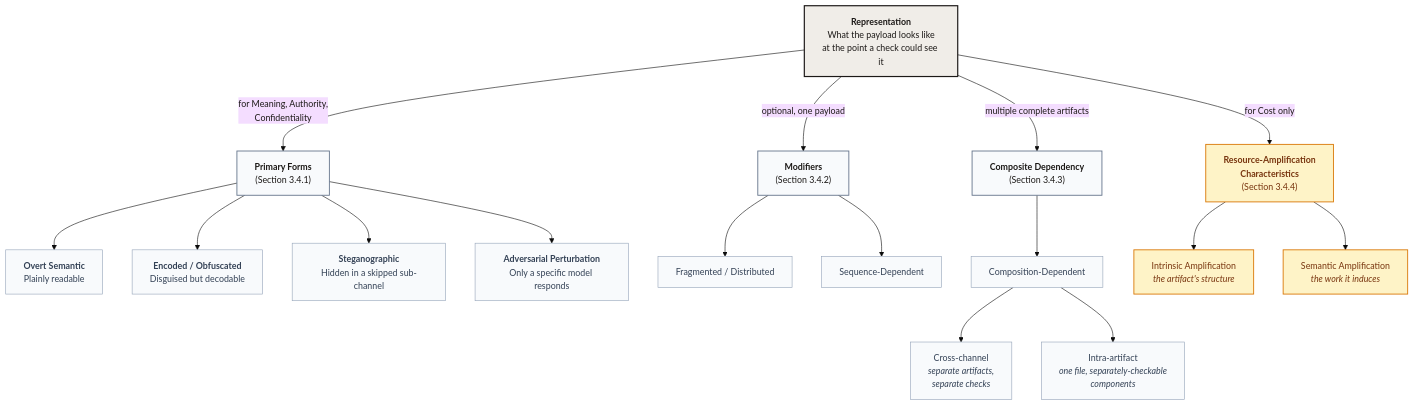
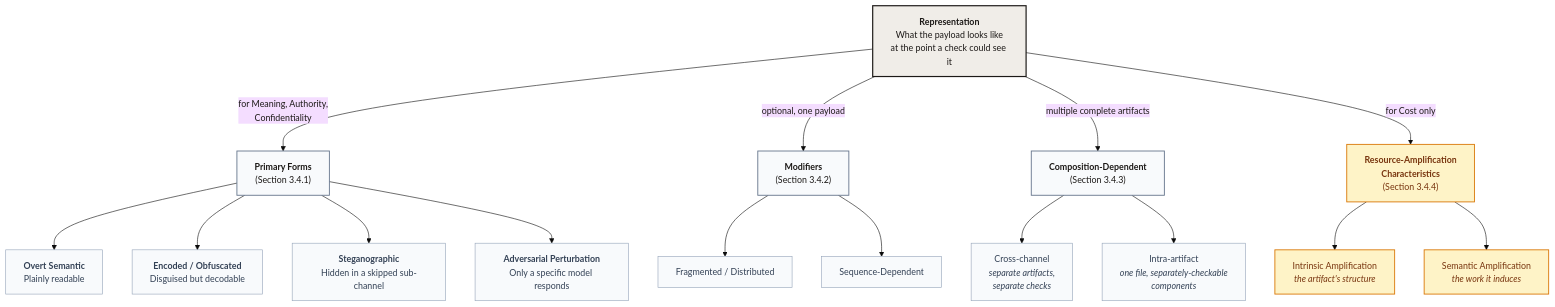
Before and after one commit to cosai-oasis/ws4-secure-design-agentic-systems: diagram 14 of 26 in whitepapers/modality_agnostic_taxonomy.md, drawn with Mermaid. The commit also changed other lines of this file, not shown here.

````diff
--- a/whitepapers/modality_agnostic_taxonomy.md
+++ b/whitepapers/modality_agnostic_taxonomy.md
@@ -722,36 +721,35 @@
 ```mermaid
 %%{init: {"theme": "base", "flowchart": {"nodeSpacing": 50, "rankSpacing": 70, "htmlLabels": true}, "themeVariables": {"fontSize": "15px"}}}%%
 flowchart TD
     ROOT["<b>Representation</b><br/>What the payload looks like<br/>at the point a check could see it"]
 
     ROOT -- "for Meaning, Authority,<br/>Confidentiality" --> FORMS["<b>Primary Forms</b><br/>(Section 3.4.1)"]
     ROOT -- "optional, one payload" --> MODS["<b>Modifiers</b><br/>(Section 3.4.2)"]
-    ROOT -- "multiple complete artifacts" --> COMP["<b>Composite Dependency</b><br/>(Section 3.4.3)"]
+    ROOT -- "multiple complete artifacts" --> COMP["<b>Composition-Dependent</b><br/>(Section 3.4.3)"]
     ROOT -- "for Cost only" --> AMP["<b>Resource-Amplification<br/>Characteristics</b><br/>(Section 3.4.4)"]
 
     FORMS --> OS["<b>Overt Semantic</b><br/>Plainly readable"]
     FORMS --> EO["<b>Encoded / Obfuscated</b><br/>Disguised but decodable"]
     FORMS --> ST["<b>Steganographic</b><br/>Hidden in a skipped sub-channel"]
     FORMS --> AP["<b>Adversarial Perturbation</b><br/>Only a specific model responds"]
 
     MODS --> FR["Fragmented / Distributed"]
     MODS --> SD["Sequence-Dependent"]
 
-    COMP --> CD["Composition-Dependent"]
-    CD --> CC["Cross-channel<br/><i>separate artifacts,<br/>separate checks</i>"]
-    CD --> IAF["Intra-artifact<br/><i>one file, separately-checkable<br/>components</i>"]
+    COMP --> CC["Cross-channel<br/><i>separate artifacts,<br/>separate checks</i>"]
+    COMP --> IAF["Intra-artifact<br/><i>one file, separately-checkable<br/>components</i>"]
 
     AMP --> IA["Intrinsic Amplification<br/><i>the artifact's structure</i>"]
     AMP --> SA["Semantic Amplification<br/><i>the work it induces</i>"]
 
     classDef root fill:#f0ede8,stroke:#1c1917,stroke-width:2px,color:#1c1917
     classDef branch fill:#f8fafc,stroke:#64748b,stroke-width:1.5px,color:#1c1917
     classDef rep fill:#f8fafc,stroke:#94a3b8,stroke-width:1px,color:#334155
     classDef cost fill:#fef3c7,stroke:#d97706,stroke-width:1.5px,color:#78350f
 
     class ROOT root
     class FORMS,MODS,COMP branch
     class AMP cost
-    class OS,EO,ST,AP,FR,SD,CD,CC,IAF rep
+    class OS,EO,ST,AP,FR,SD,CC,IAF rep
     class IA,SA cost
 ```
````
